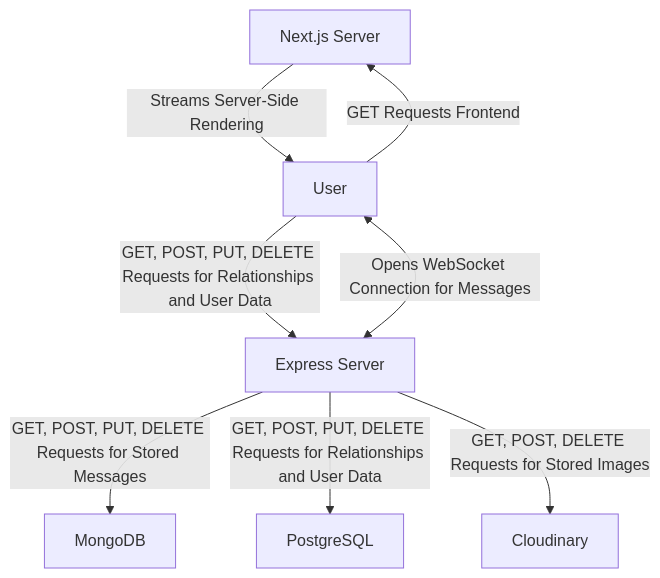
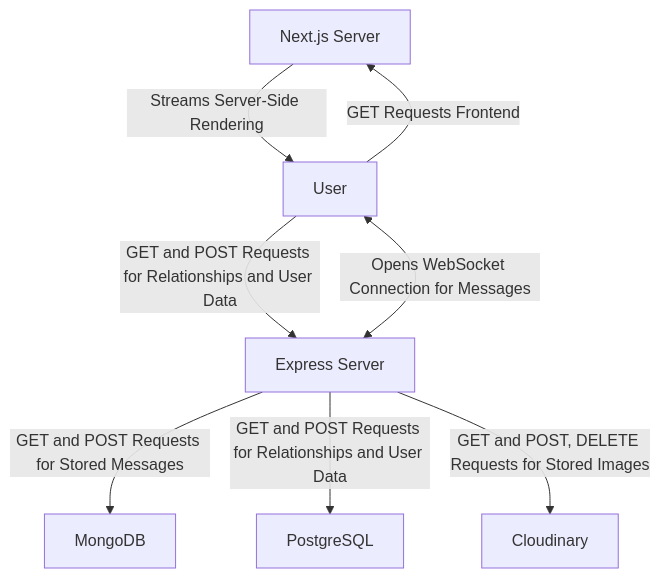
One commit to leinadest/co-engine changed the first of 3 diagrams in README.md. Above: the diagram before and after it, drawn with Mermaid. The commit also changed other lines of this file, not shown here.

Commit message:
Update README.md with ERD

````diff
--- a/README.md
+++ b/README.md
@@ -101,19 +107,19 @@
 ```mermaid
 graph TD
     B[Next.js Server]
     A[User]
     C[Express Server]
     D[MongoDB]
     E[PostgreSQL]
     G[Cloudinary]
 
     B -->|Streams Server-Side Rendering| A
 
     A -->|GET Requests Frontend| B
-    A -->|GET, POST, PUT, DELETE Requests for Relationships and User Data| C
+    A -->|GET and POST Requests for Relationships and User Data| C
     A <-->|Opens WebSocket Connection for Messages| C
 
-    C -->|GET, POST, PUT, DELETE Requests for Stored Messages| D
-    C -->|GET, POST, PUT, DELETE Requests for Relationships and User Data| E
-    C -->|GET, POST, DELETE Requests for Stored Images| G
+    C -->|GET and POST Requests for Stored Messages| D
+    C -->|GET and POST Requests for Relationships and User Data| E
+    C -->|GET and POST, DELETE Requests for Stored Images| G
 ```
````
